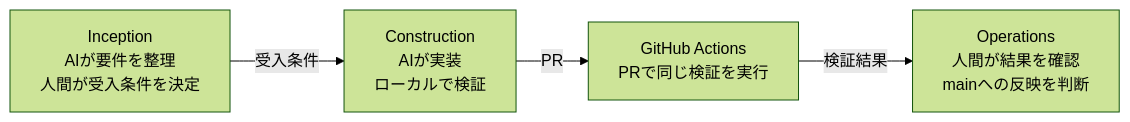
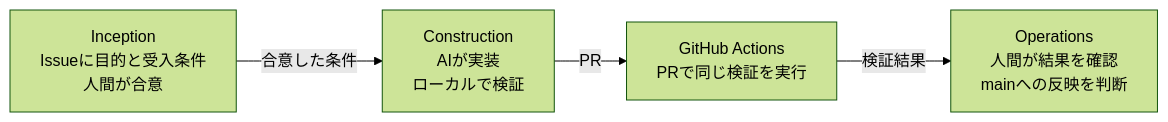
The first of 2 diagrams in docs/explanation/development-flow.md (kiraemon/japan-stock-autotrader-public), drawn with Mermaid (forest theme) before and after one commit. The commit also changed other lines of this file and 1 other file, not shown here.

````diff
--- a/docs/explanation/development-flow.md
+++ b/docs/explanation/development-flow.md
@@ -7,10 +7,10 @@
 ```mermaid
 flowchart LR
-    I["Inception<br/>AIが要件を整理<br/>人間が受入条件を決定"]
+    I["Inception<br/>Issueに目的と受入条件<br/>人間が合意"]
     B["Construction<br/>AIが実装<br/>ローカルで検証"]
     C["GitHub Actions<br/>PRで同じ検証を実行"]
     O["Operations<br/>人間が結果を確認<br/>mainへの反映を判断"]
-    I -->|受入条件| B
+    I -->|合意した条件| B
     B -->|PR| C
     C -->|検証結果| O
 ```
````
